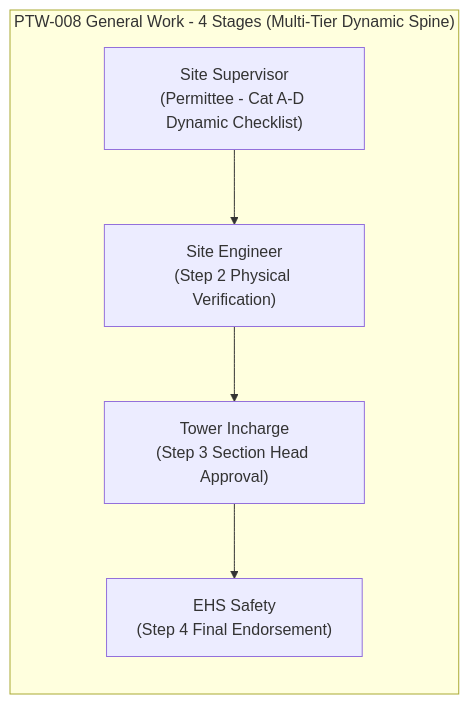
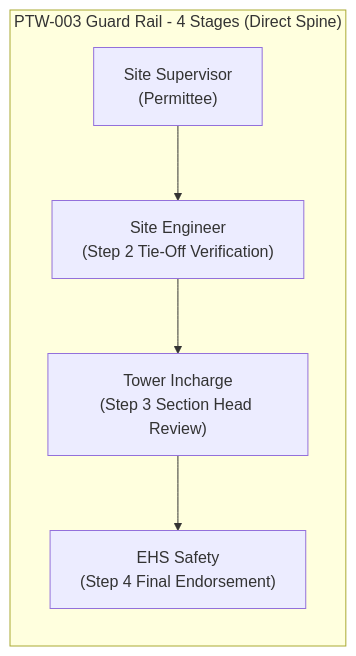
One commit to AuroGroupAutomationBot/ARPL-EHS-Demo changed the sixth of 34 diagrams in README.md. Above: the diagram before and after it, drawn with Mermaid. The commit also changed other lines of this file and 2 other files, not shown here.

````diff
--- a/README.md
+++ b/README.md
@@ -441,8 +451,8 @@
 ```mermaid
 graph LR
-    subgraph "PTW-008 General Work - 4 Stages (Multi-Tier Dynamic Spine)"
-        GW1["Site Supervisor<br/>(Permittee - Cat A-D Dynamic Checklist)"] --> GW2["Site Engineer<br/>(Step 2 Physical Verification)"]
-        GW2 --> GW3["Tower Incharge<br/>(Step 3 Section Head Approval)"]
-        GW3 --> GW4["EHS Safety<br/>(Step 4 Final Endorsement)"]
+    subgraph "PTW-003 Guard Rail - 4 Stages (Direct Spine)"
+        GR1["Site Supervisor<br/>(Permittee)"] --> GR2["Site Engineer<br/>(Step 2 Tie-Off Verification)"]
+        GR2 --> GR3["Tower Incharge<br/>(Step 3 Section Head Review)"]
+        GR3 --> GR4["EHS Safety<br/>(Step 4 Final Endorsement)"]
     end
 ```
````
